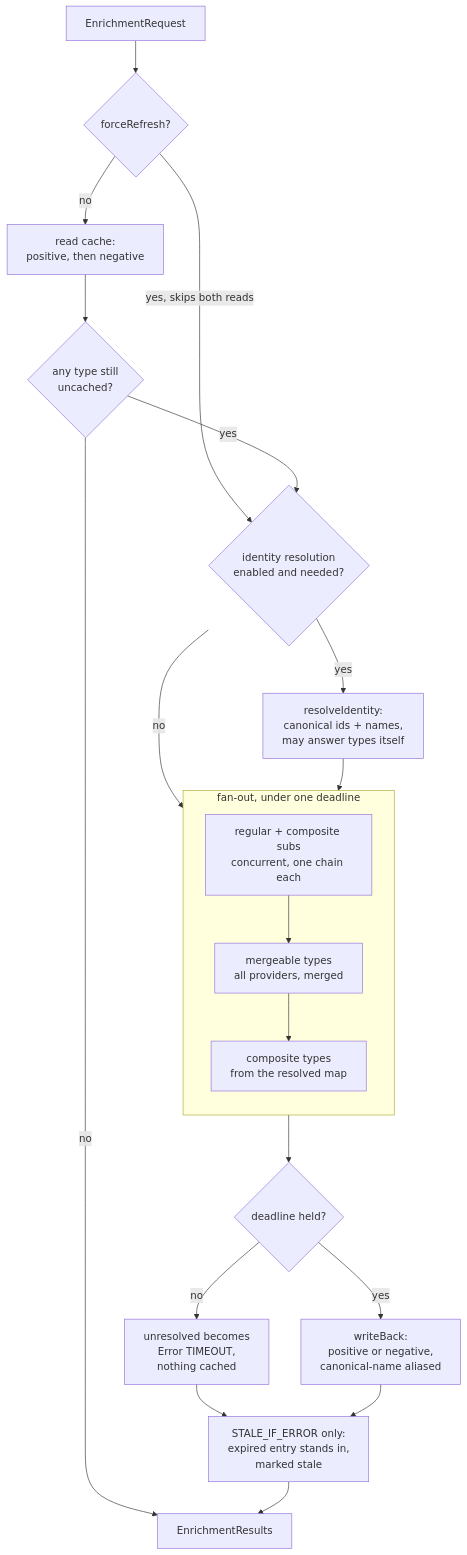
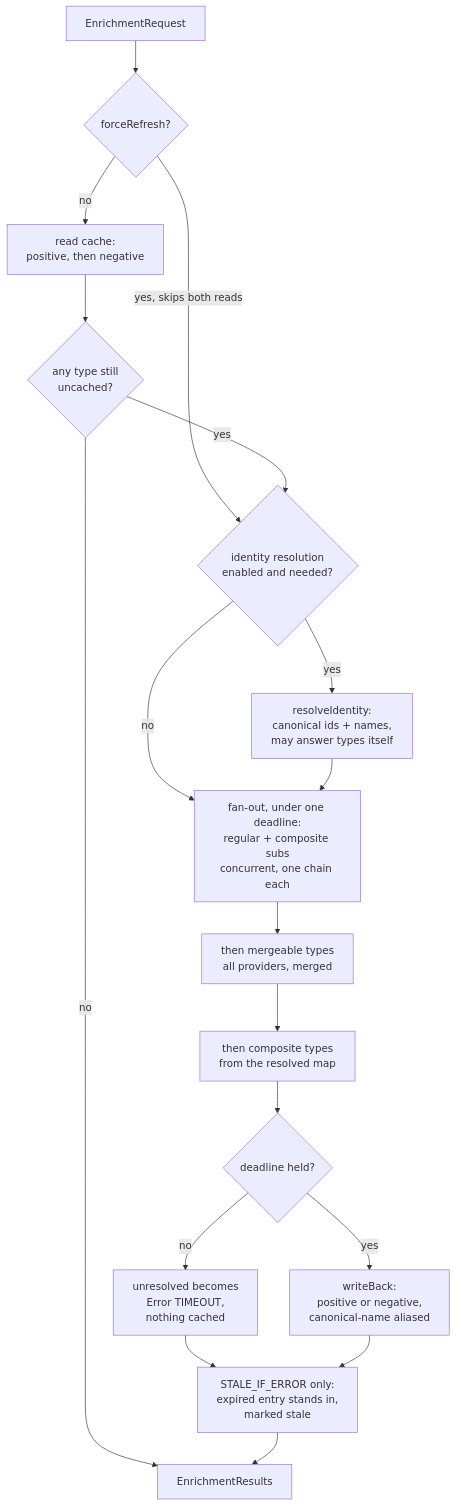
The second of 2 diagrams in ARCHITECTURE.md (famesjranko/musicmeta), drawn with Mermaid before and after one commit.

Commit message:
docs: drop the fan-out subgraph, whose border clipped every edge endpoint

````diff
--- a/ARCHITECTURE.md
+++ b/ARCHITECTURE.md
@@ -85,27 +85,23 @@
 ```mermaid
 flowchart TD
     req["EnrichmentRequest"] --> force{"forceRefresh?"}
     force -->|"yes, skips both reads"| ident
     force -->|no| cacheread["read cache:<br/>positive, then negative"]
     cacheread --> anyleft{"any type still<br/>uncached?"}
     anyleft -->|no| results
     anyleft -->|yes| ident{"identity resolution<br/>enabled and needed?"}
     ident -->|no| regular
     ident -->|yes| resolve["resolveIdentity:<br/>canonical ids + names,<br/>may answer types itself"]
     resolve --> regular
 
-    subgraph fanout["fan-out, under one deadline"]
-        direction TB
-        regular["regular + composite subs<br/>concurrent, one chain each"]
-        mergeable["mergeable types<br/>all providers, merged"]
-        composite["composite types<br/>from the resolved map"]
-        regular --> mergeable --> composite
-    end
+    regular["fan-out, under one deadline:<br/>regular + composite subs<br/>concurrent, one chain each"]
+    regular --> mergeable["then mergeable types<br/>all providers, merged"]
+    mergeable --> composite["then composite types<br/>from the resolved map"]
 
     composite --> deadline{"deadline held?"}
     deadline -->|"no"| timedout["unresolved becomes<br/>Error TIMEOUT,<br/>nothing cached"]
     deadline -->|yes| writeback["writeBack:<br/>positive or negative,<br/>canonical-name aliased"]
     timedout --> stale
     writeback --> stale["STALE_IF_ERROR only:<br/>expired entry stands in,<br/>marked stale"]
     stale --> results["EnrichmentResults"]
 ```
````
